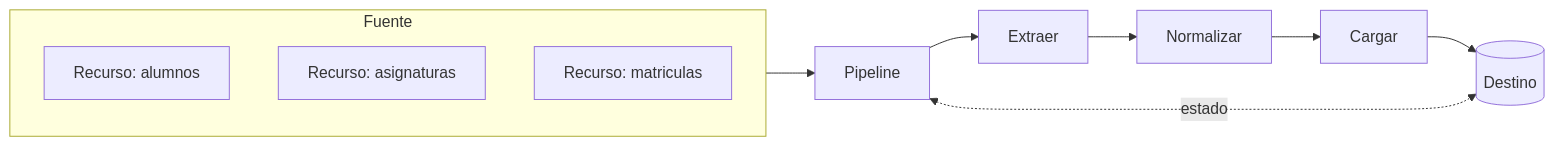
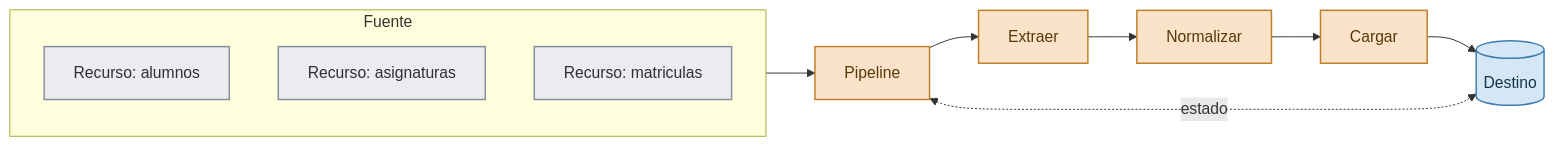
The diagram in content/load/herramientas.qmd (IraitzM/ingenieria-datos), drawn with Mermaid before and after one commit. The commit also changed 28 other files, not shown here.

````diff
--- a/content/load/herramientas.qmd
+++ b/content/load/herramientas.qmd
@@ -31,12 +31,20 @@
 ```{mermaid}
 flowchart LR
     subgraph fuente ["Fuente"]
         r1["Recurso: alumnos"]
         r2["Recurso: asignaturas"]
         r3["Recurso: matriculas"]
     end
     fuente --> p["Pipeline"]
     p --> e["Extraer"] --> n["Normalizar"] --> c["Cargar"]
     c --> d[("Destino")]
     p <-.->|"estado"| d
+
+    %% Paleta por bloque del libro
+    classDef origen fill:#ececf0,stroke:#868d9c,stroke-width:1.5px,color:#2b2f3a
+    classDef carga fill:#fae3c8,stroke:#bf7f28,stroke-width:1.5px,color:#573809
+    classDef almacen fill:#d5e6f5,stroke:#3d7cb0,stroke-width:1.5px,color:#12354e
+    class r1,r2,r3 origen
+    class p,e,n,c carga
+    class d almacen
 ```
````
